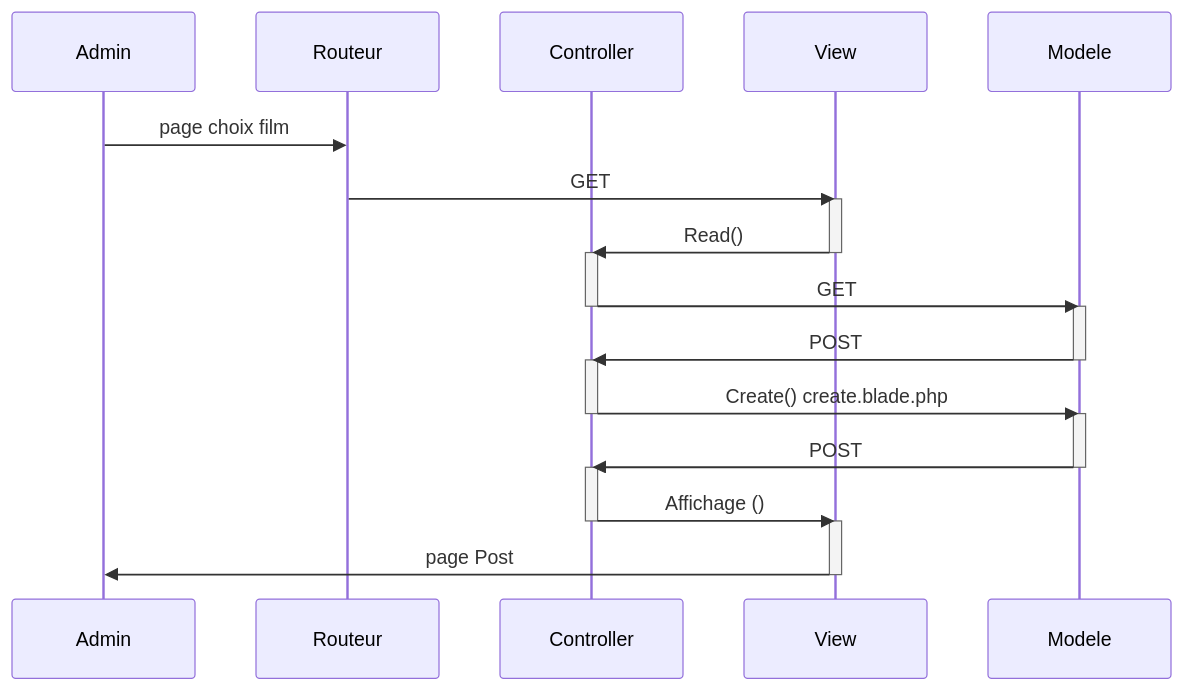
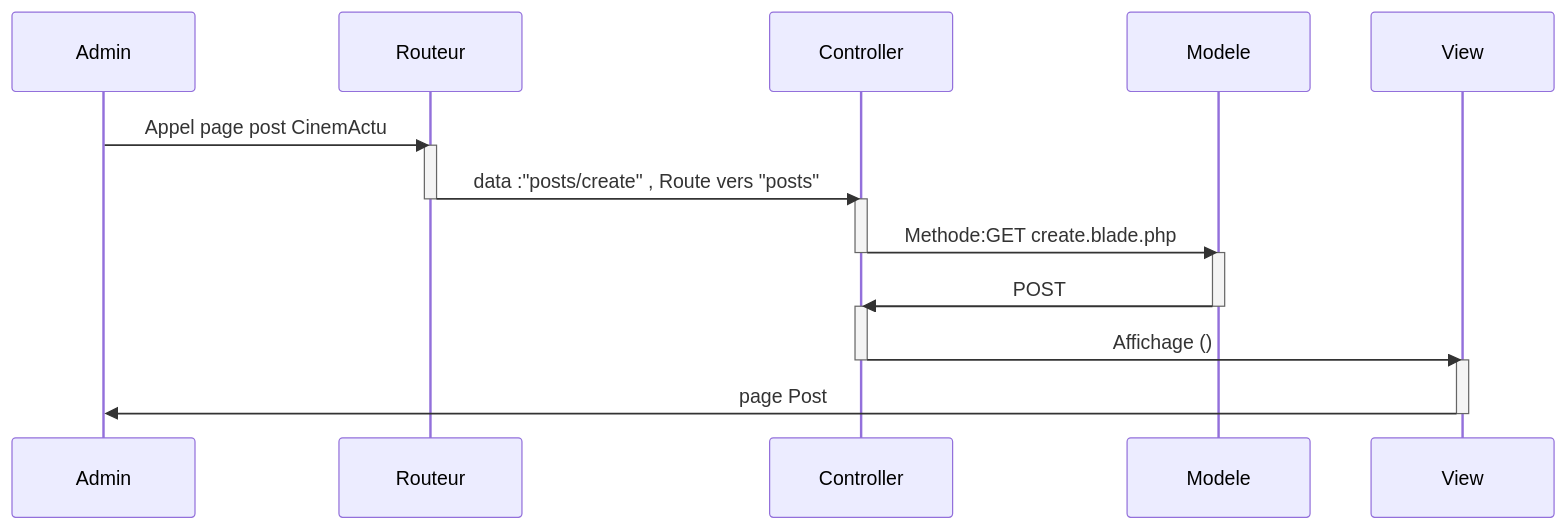
The second of 5 diagrams in README.md (ggreg-T/sprint-07), drawn with Mermaid before and after one commit. The commit also changed other lines of this file, not shown here.

Commit message:
Mise à jour UML

````diff
--- a/README.md
+++ b/README.md
@@ -45,32 +45,27 @@
 ```mermaid
 sequenceDiagram
     participant Admin
     participant Routeur
     participant Controller
+    participant Modele
     participant View
-    participant Modele
 
-    Admin->>Routeur : page choix film
-    Routeur->>View: GET
-activate View
-View ->>Controller: Read()
-deactivate View
-    activate Controller
-    Controller->>Modele: GET
-     deactivate Controller
-    activate Modele
-    Modele ->> Controller : POST
-     deactivate Modele
-     activate Controller
-       Controller->> Modele : Create() create.blade.php
-    deactivate Controller
+    Admin->>Routeur : Appel page post CinemActu
+    activate Routeur
+    Routeur->>Controller: data :"posts/create" , Route vers "posts"
+deactivate Routeur
+
+activate Controller
+       Controller->> Modele : Methode:GET create.blade.php
+deactivate Controller
+
     activate Modele
     Modele ->> Controller: POST
     deactivate Modele
     activate Controller
     Controller ->> View : Affichage ()
     deactivate Controller
     activate View
     View ->> Admin : page Post
     deactivate View
 ```
````
